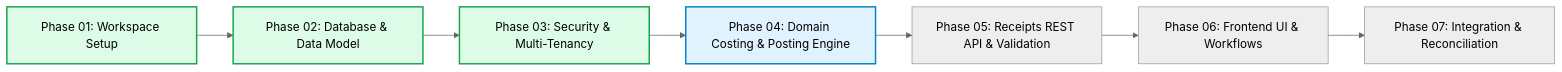
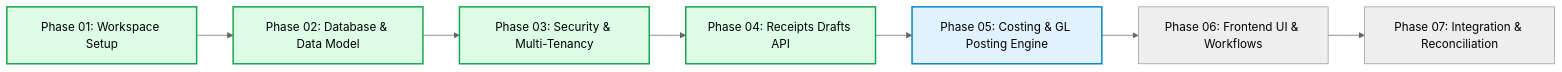
One commit to AhmedAlkasadi2003/project-erp changed the diagram in docs/IMPLEMENTATION_PLAN.md. Above: the diagram before and after it, drawn with Mermaid (neutral theme). The commit also changed other lines of this file and 21 other files, not shown here.

Commit message:
feat(receipts): implement inventory receipts drafts and management API (Phase 04)

````diff
--- a/docs/IMPLEMENTATION_PLAN.md
+++ b/docs/IMPLEMENTATION_PLAN.md
@@ -9,14 +9,15 @@
 ```mermaid
 flowchart LR
   P1[Phase 01: Workspace Setup] --> P2[Phase 02: Database & Data Model]
   P2 --> P3[Phase 03: Security & Multi-Tenancy]
-  P3 --> P4[Phase 04: Domain Costing & Posting Engine]
-  P4 --> P5[Phase 05: Receipts REST API & Validation]
+  P3 --> P4[Phase 04: Receipts Drafts API]
+  P4 --> P5[Phase 05: Costing & GL Posting Engine]
   P5 --> P6[Phase 06: Frontend UI & Workflows]
   P6 --> P7[Phase 07: Integration & Reconciliation]
 
   style P1 fill:#dcfce7,stroke:#16a34a,stroke-width:2px
   style P2 fill:#dcfce7,stroke:#16a34a,stroke-width:2px
   style P3 fill:#dcfce7,stroke:#16a34a,stroke-width:2px
-  style P4 fill:#e0f2fe,stroke:#0284c7,stroke-width:2px
+  style P4 fill:#dcfce7,stroke:#16a34a,stroke-width:2px
+  style P5 fill:#e0f2fe,stroke:#0284c7,stroke-width:2px
 ```
````
